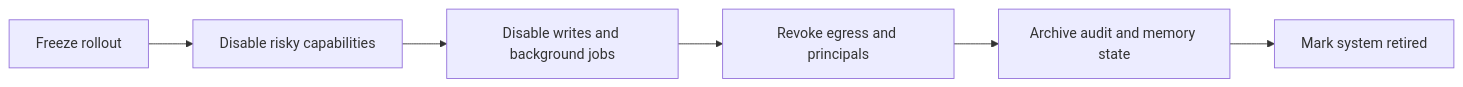
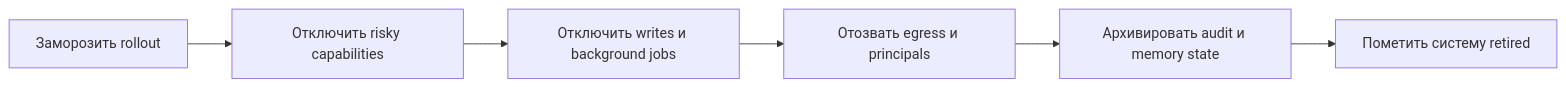
The diagram in docs/book/part-viii/chapter-23.md (agent-axiom/agent-arch), drawn with Mermaid before and after one commit. The commit also changed other lines of this file, not shown here.

Commit message:
docs: polish Russian chapter twenty three retirement prose

````diff
--- a/docs/book/part-viii/chapter-23.md
+++ b/docs/book/part-viii/chapter-23.md
@@ -107,8 +107,8 @@
 ``` mermaid
 flowchart LR
-    A["Freeze rollout"] --> B["Disable risky capabilities"]
-    B --> C["Disable writes and background jobs"]
-    C --> D["Revoke egress and principals"]
-    D --> E["Archive audit and memory state"]
-    E --> F["Mark system retired"]
+    A["Заморозить rollout"] --> B["Отключить risky capabilities"]
+    B --> C["Отключить writes и background jobs"]
+    C --> D["Отозвать egress и principals"]
+    D --> E["Архивировать audit и memory state"]
+    E --> F["Пометить систему retired"]
 ```
````
